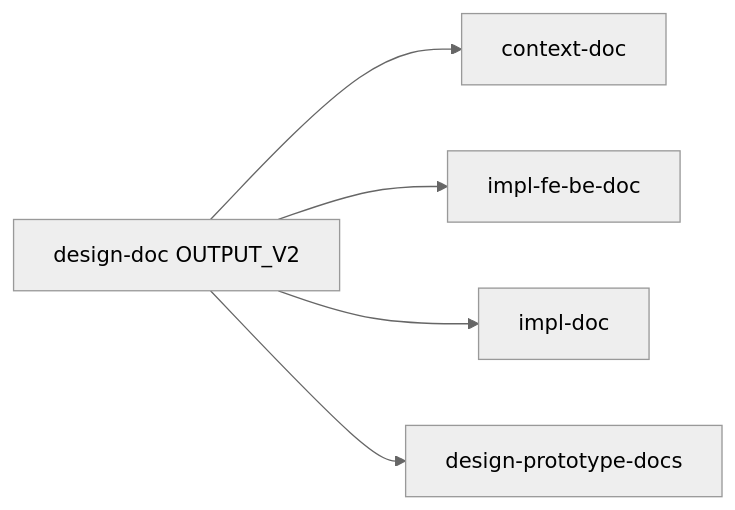
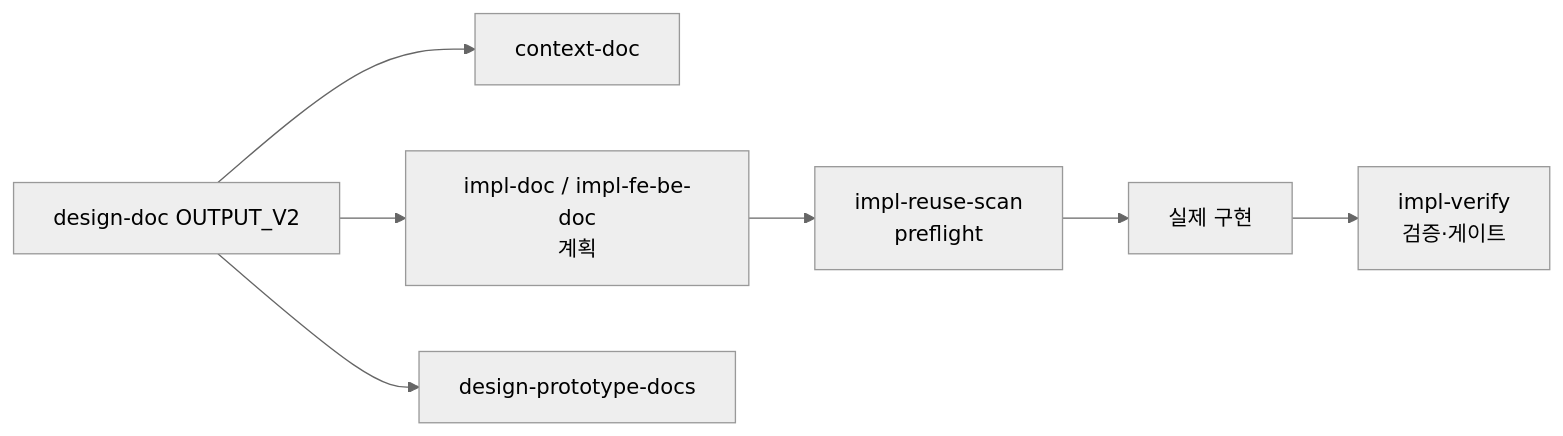
One commit to hb9397/AI_Agent_docs changed the seventh of 8 diagrams in Harness_Engineering_Intro.md. Above: the diagram before and after it, drawn with Mermaid (neutral theme). The commit also changed other lines of this file and 2 other files, not shown here.

First line of the commit message:
docs(harness-docs): impl 패밀리 4종 확장 반영 — 구조 문서

````diff
--- a/Harness_Engineering_Intro.md
+++ b/Harness_Engineering_Intro.md
@@ -301,7 +310,9 @@
 ```mermaid
 flowchart LR
     A["design-doc OUTPUT_V2"] --> B["context-doc"]
-    A --> C["impl-fe-be-doc"]
-    A --> D["impl-doc"]
+    A --> C["impl-doc / impl-fe-be-doc<br/>계획"]
+    C --> C1["impl-reuse-scan<br/>preflight"]
+    C1 --> C2["실제 구현"]
+    C2 --> C3["impl-verify<br/>검증·게이트"]
     A --> E["design-prototype-docs"]
 ```
````
